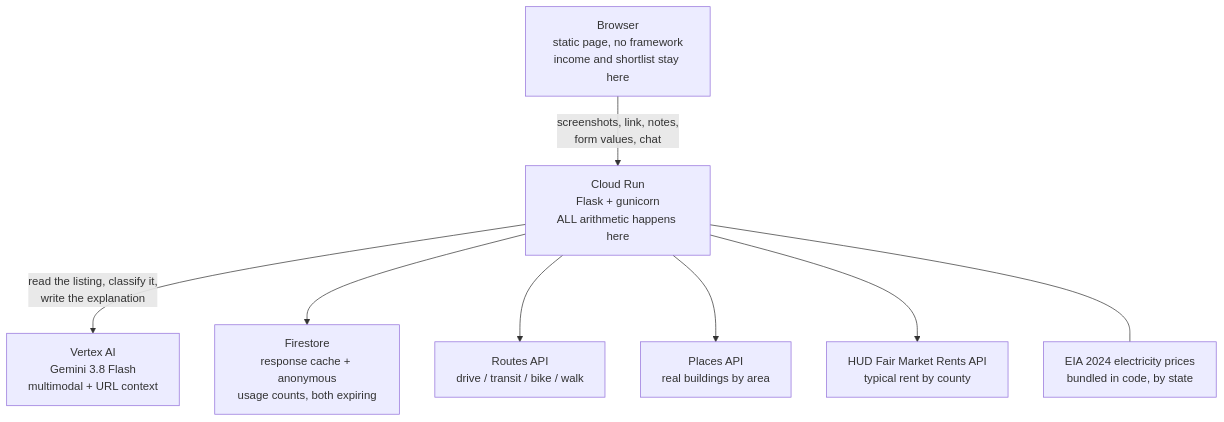
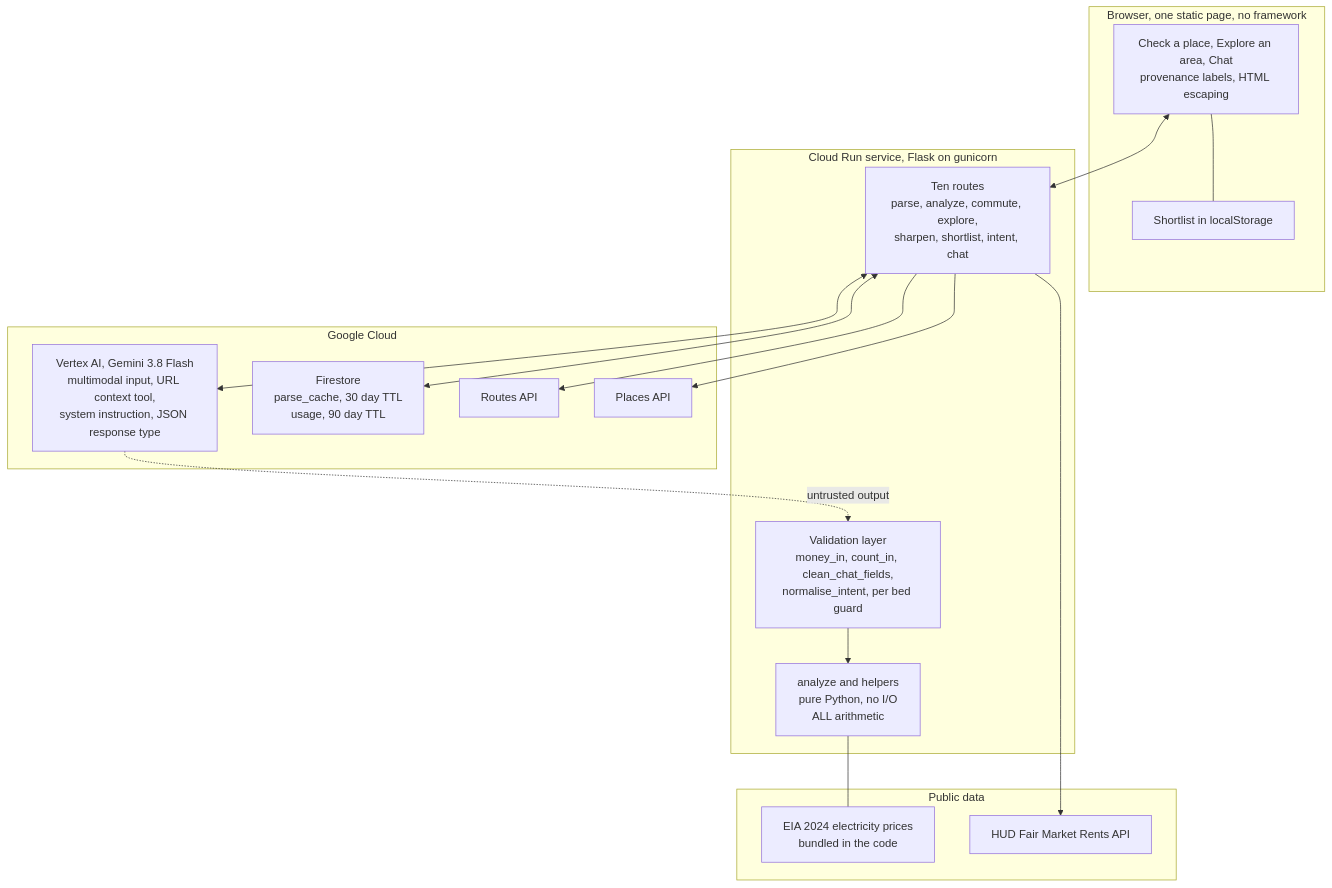
The first of 3 diagrams in README.md (RituSKYPI/true-cost-of-rent), drawn with Mermaid before and after one commit. The commit also changed other lines of this file and 2 other files, not shown here.

Commit message:
Rebuild architecture section, add chat and explore detail

````diff
--- a/README.md
+++ b/README.md
@@ -349,19 +449,36 @@
 ```mermaid
-flowchart TD
-    B["Browser<br/>static page, no framework<br/>income and shortlist stay here"]
-    CR["Cloud Run<br/>Flask + gunicorn<br/>ALL arithmetic happens here"]
-    V["Vertex AI<br/>Gemini 3.8 Flash<br/>multimodal + URL context"]
-    F["Firestore<br/>response cache + anonymous<br/>usage counts, both expiring"]
-    R["Routes API<br/>drive / transit / bike / walk"]
-    P["Places API<br/>real buildings by area"]
-    H["HUD Fair Market Rents API<br/>typical rent by county"]
-    E["EIA 2024 electricity prices<br/>bundled in code, by state"]
+flowchart TB
+    subgraph Client["Browser, one static page, no framework"]
+        UI["Check a place, Explore an area, Chat<br/>provenance labels, HTML escaping"]
+        LS["Shortlist in localStorage"]
+    end
 
-    B -->|"screenshots, link, notes,<br/>form values, chat"| CR
-    CR -->|"read the listing, classify it,<br/>write the explanation"| V
-    CR --> F
-    CR --> R
-    CR --> P
-    CR --> H
-    CR --- E
+    subgraph Run["Cloud Run service, Flask on gunicorn"]
+        API["Ten routes<br/>parse, analyze, commute, explore,<br/>sharpen, shortlist, intent, chat"]
+        GUARD["Validation layer<br/>money_in, count_in, clean_chat_fields,<br/>normalise_intent, per bed guard"]
+        CALC["analyze and helpers<br/>pure Python, no I/O<br/>ALL arithmetic"]
+    end
+
+    subgraph GCP["Google Cloud"]
+        VX["Vertex AI, Gemini 3.8 Flash<br/>multimodal input, URL context tool,<br/>system instruction, JSON response type"]
+        FS["Firestore<br/>parse_cache, 30 day TTL<br/>usage, 90 day TTL"]
+        RT["Routes API"]
+        PL["Places API"]
+    end
+
+    subgraph Public["Public data"]
+        EIA["EIA 2024 electricity prices<br/>bundled in the code"]
+        HUD["HUD Fair Market Rents API"]
+    end
+
+    UI <--> API
+    UI --- LS
+    API <--> VX
+    VX -. "untrusted output" .-> GUARD
+    GUARD --> CALC
+    CALC --- EIA
+    API <--> FS
+    API --> RT
+    API --> PL
+    API --> HUD
 ```
````
